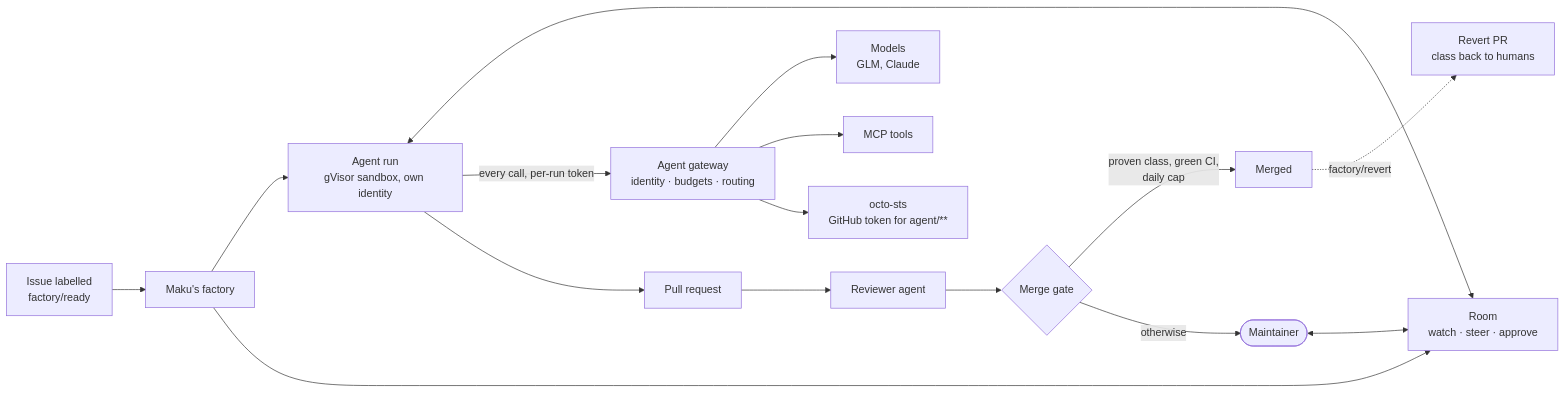
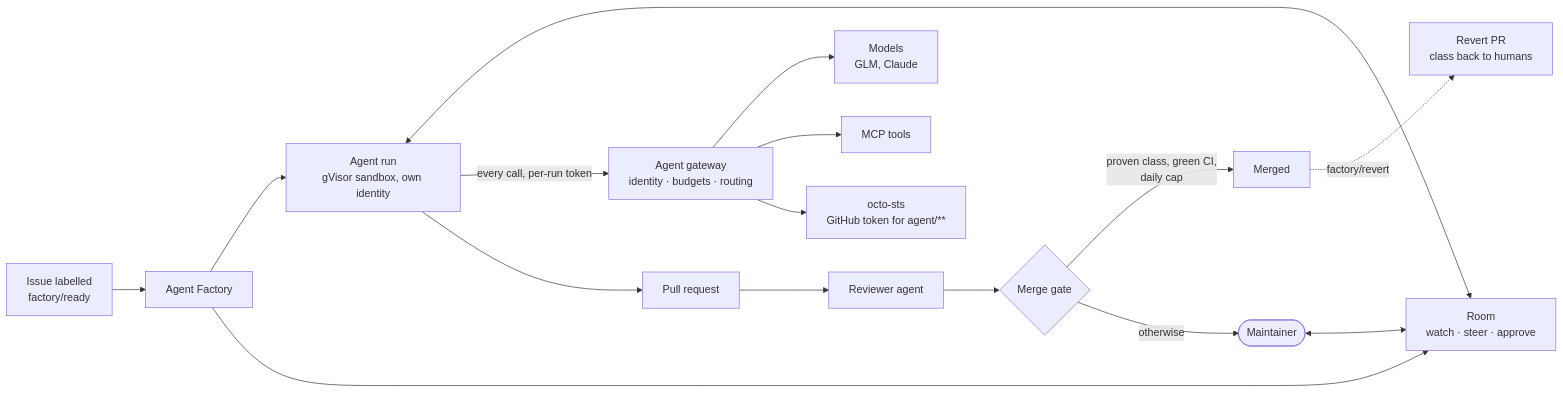
Before and after one commit to Smana/ai-native-ref: the diagram in README.md, drawn with Mermaid. The commit also changed other lines of this file and 20 other files, not shown here.

Commit message:
docs: the Agent Factory stays the product name; Maku names the component

````diff
--- a/README.md
+++ b/README.md
@@ -69,16 +69,16 @@
 ```mermaid
 flowchart LR
-  issue["Issue labelled<br/>factory/ready"] --> factory["Maku's factory"]
+  issue["Issue labelled<br/>factory/ready"] --> factory["Agent Factory"]
   factory --> run["Agent run<br/>gVisor sandbox, own identity"]
   factory --> room["Room<br/>watch · steer · approve"]
   human(["Maintainer"]) <--> room
   run <--> room
   run -->|"every call, per-run token"| gw["Agent gateway<br/>identity · budgets · routing"]
   gw --> models["Models<br/>GLM, Claude"]
   gw --> tools["MCP tools"]
   gw --> sts["octo-sts<br/>GitHub token for agent/**"]
   run --> pr["Pull request"] --> review["Reviewer agent"] --> gate{"Merge gate"}
   gate -->|"proven class, green CI,<br/>daily cap"| merged["Merged"]
   gate -->|"otherwise"| human
   merged -.->|"factory/revert"| revert["Revert PR<br/>class back to humans"]
 ```
````
